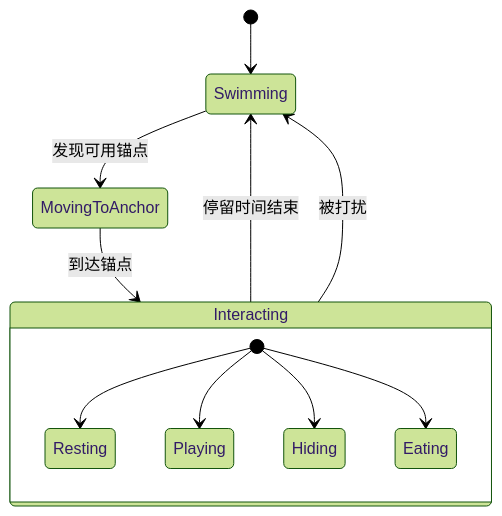
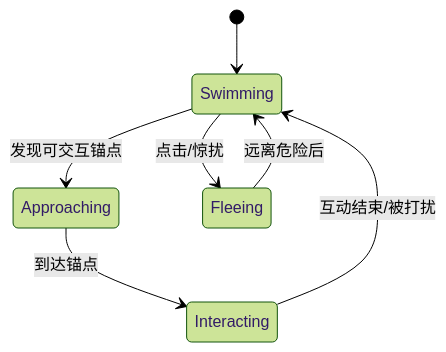
Before and after one commit to nds15763/Bottled-Ocean: the second of 3 diagrams in dev-plan/01-fish.md, drawn with Mermaid (forest theme). The commit also changed other lines of this file and 7 other files, not shown here.

````diff
--- a/dev-plan/01-fish.md
+++ b/dev-plan/01-fish.md
@@ -105,15 +126,9 @@
 ```mermaid
 stateDiagram-v2
     [*] --> Swimming
-    Swimming --> MovingToAnchor: 发现可用锚点
-    MovingToAnchor --> Interacting: 到达锚点
-    Interacting --> Swimming: 停留时间结束
-    Interacting --> Swimming: 被打扰
-    
-    state Interacting {
-        [*] --> Resting
-        [*] --> Playing
-        [*] --> Hiding
-        [*] --> Eating
-    }
+    Swimming --> Approaching: 发现可交互锚点
+    Approaching --> Interacting: 到达锚点
+    Interacting --> Swimming: 互动结束/被打扰
+    Swimming --> Fleeing: 点击/惊扰
+    Fleeing --> Swimming: 远离危险后
 ```
````
